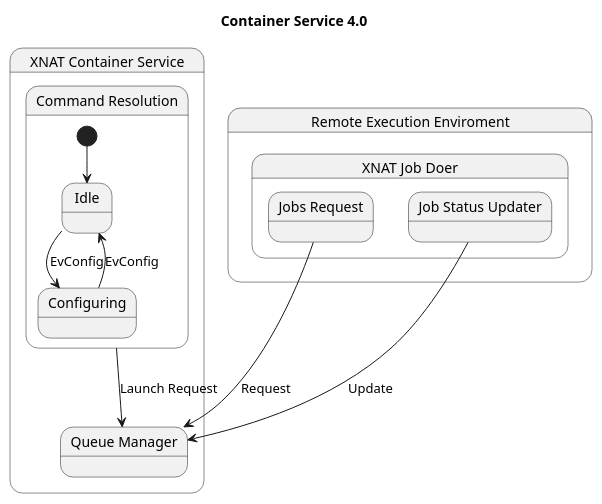
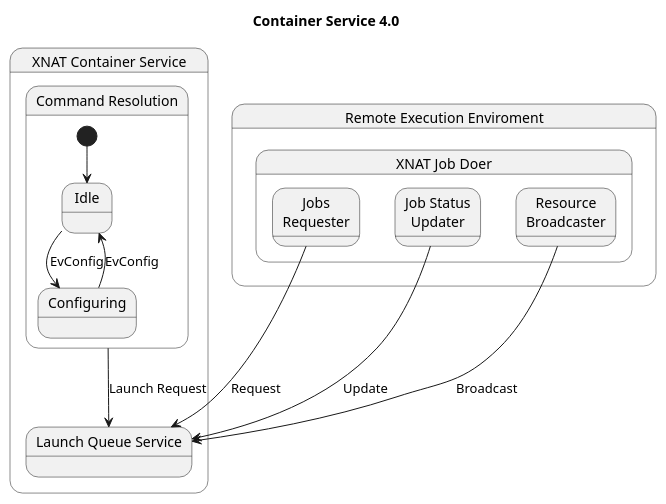
One commit to kelseym/xnat_diagrams changed the diagram in CS4-state.puml. Above: the diagram before and after it, drawn with PlantUML.

Commit message:
minor update

```diff
--- a/CS4-state.puml
+++ b/CS4-state.puml
@@ -1,34 +1,37 @@
 @startuml
 'https://plantuml.com/state-diagram
 
 title Container Service 4.0
 
 
 state "XNAT Container Service" as xcs {
     state "Command Resolution" as res {
       [*] --> Idle
       Idle --> Configuring : EvConfig
       Configuring --> Idle : EvConfig
     }
 
-    res --> xq : Launch Request
+    res --> lqs : Launch Request
 
-    state "Queue Manager" as xq {
+    state "Launch Queue Service" as lqs {
     }
 }
 
 state "Remote Execution Enviroment" as ree {
 
   state "XNAT Job Doer" as xjd {
-     state "Jobs Request" as jr {
+     state "Jobs\nRequester" as jr {
      }
 
-     state "Job Status Updater" as jsu {
+     state "Job Status\nUpdater" as jsu {
+     }
+
+     state "Resource\nBroadcaster" as rb {
      }
   }
 }
-
-jr --> xq : Request
-jsu --> xq : Update
+rb --> lqs : Broadcast
+jr --> lqs : Request
+jsu --> lqs : Update
 
 @enduml
```
